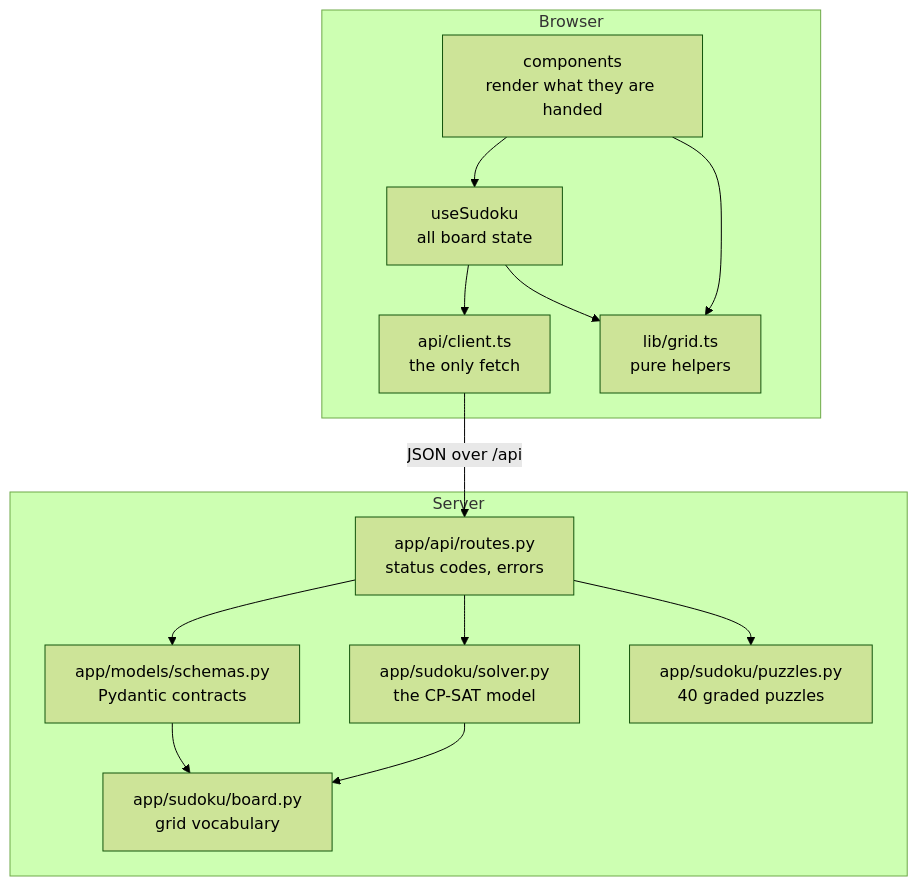
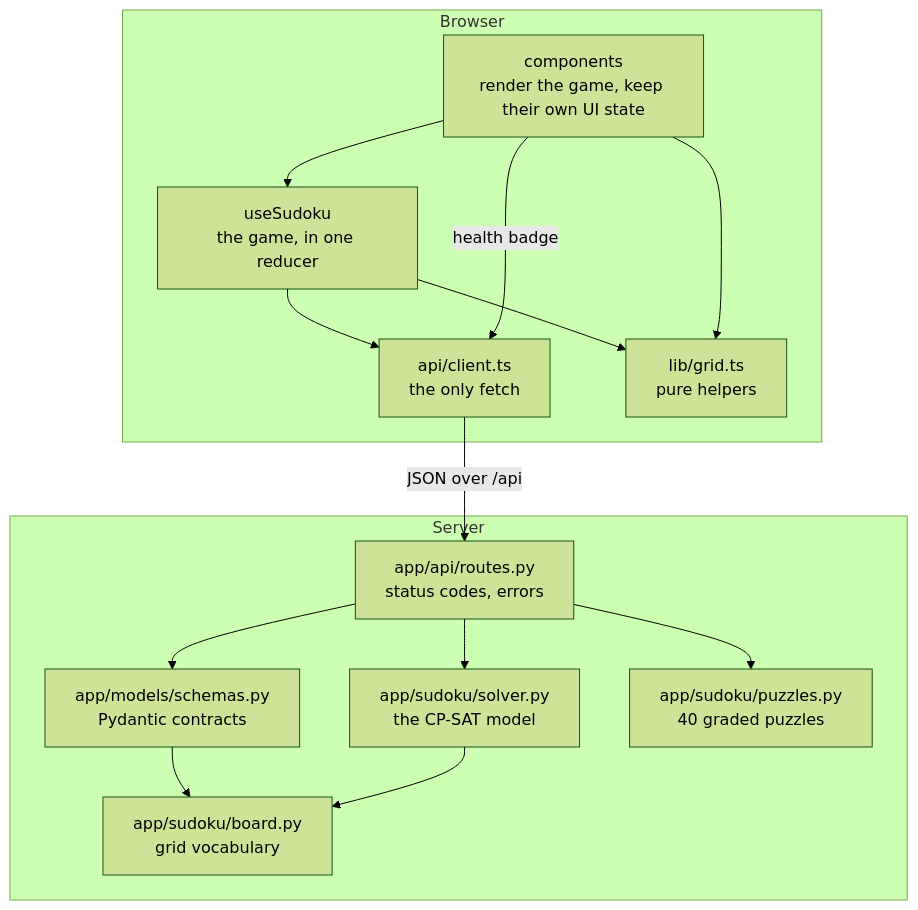
Before and after one commit to edwinargueta/Sudoku-Solver-Google-OR-tools: the first of 4 diagrams in ARCHITECTURE.md, drawn with Mermaid (forest theme). The commit also changed other lines of this file and 71 other files, not shown here.

````diff
--- a/ARCHITECTURE.md
+++ b/ARCHITECTURE.md
@@ -27,28 +32,29 @@
 ```mermaid
 flowchart TD
     subgraph browser["Browser"]
-        C[components<br/>render what they are handed]
-        H[useSudoku<br/>all board state]
+        C[components<br/>render the game, keep their own UI state]
+        H[useSudoku<br/>the game, in one reducer]
         CL[api/client.ts<br/>the only fetch]
         G[lib/grid.ts<br/>pure helpers]
         C --> H
         H --> CL
+        C -- "health badge" --> CL
         H --> G
         C --> G
     end
 
     subgraph server["Server"]
         R[app/api/routes.py<br/>status codes, errors]
         M[app/models/schemas.py<br/>Pydantic contracts]
         S[app/sudoku/solver.py<br/>the CP-SAT model]
         B[app/sudoku/board.py<br/>grid vocabulary]
         P[app/sudoku/puzzles.py<br/>40 graded puzzles]
         R --> M
         R --> S
         M --> B
         S --> B
         R --> P
     end
 
     CL -- "JSON over /api" --> R
 ```
````
